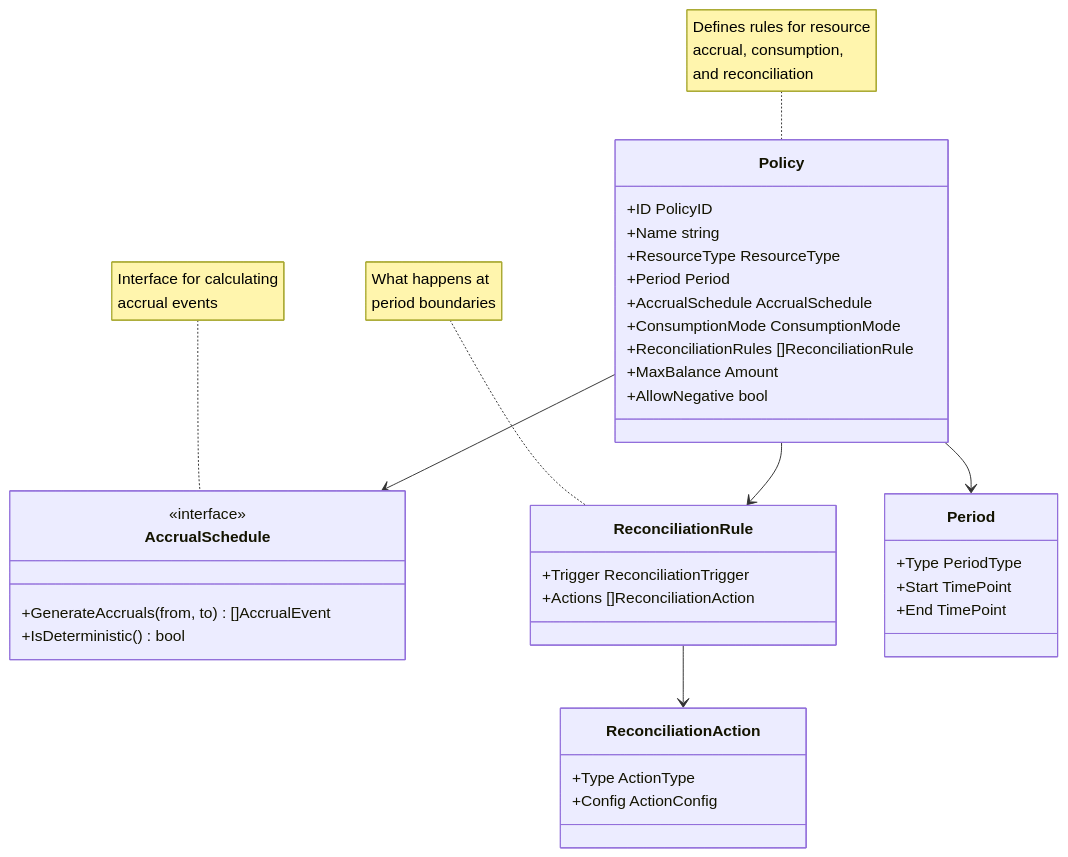
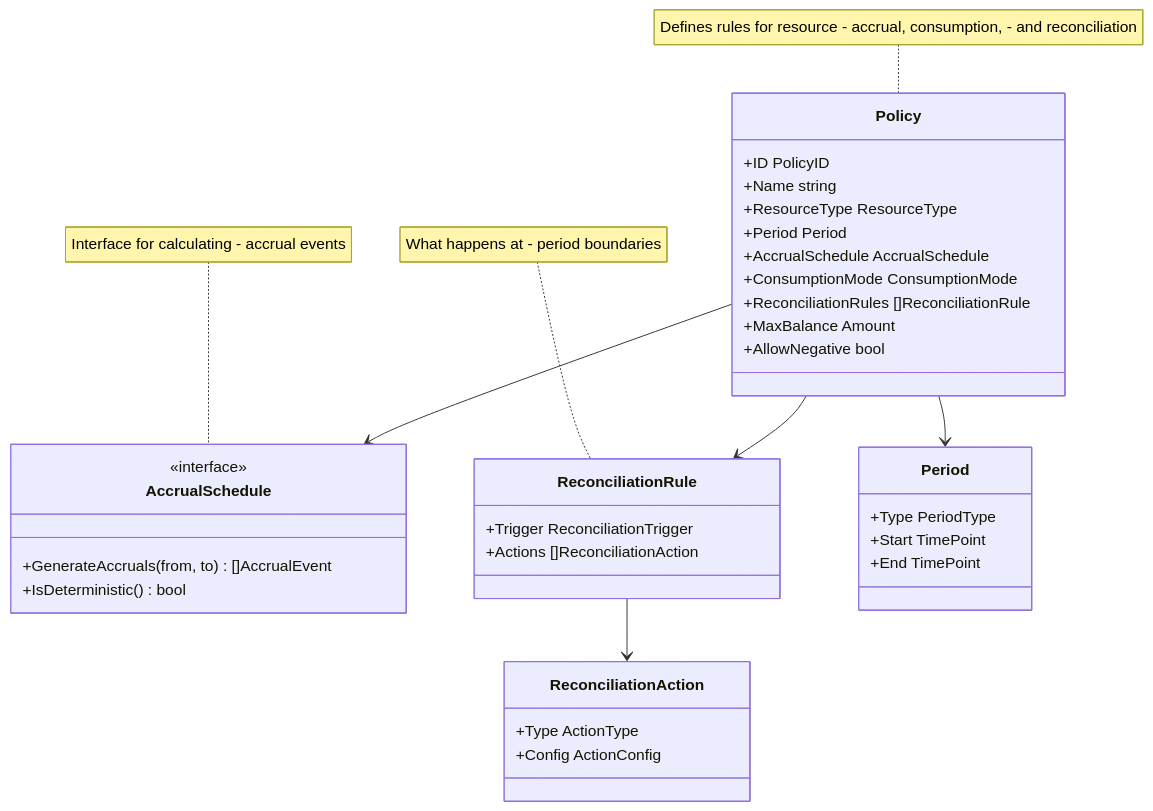
Diagram 13 of 22 in README.md (AntoineToussaint/timeoff), drawn with Mermaid before and after one commit. The commit also changed other lines of this file, not shown here.

First line of the commit message:
Fix Mermaid diagrams for GitHub rendering

````diff
--- a/README.md
+++ b/README.md
@@ -536,45 +506,45 @@
 ```mermaid
 classDiagram
     class Policy {
         +ID PolicyID
         +Name string
         +ResourceType ResourceType
         +Period Period
         +AccrualSchedule AccrualSchedule
         +ConsumptionMode ConsumptionMode
         +ReconciliationRules []ReconciliationRule
         +MaxBalance Amount
         +AllowNegative bool
     }
     
     class AccrualSchedule {
         <<interface>>
         +GenerateAccruals(from, to) []AccrualEvent
         +IsDeterministic() bool
     }
     
     class ReconciliationRule {
         +Trigger ReconciliationTrigger
         +Actions []ReconciliationAction
     }
     
     class ReconciliationAction {
         +Type ActionType
         +Config ActionConfig
     }
     
     class Period {
         +Type PeriodType
         +Start TimePoint
         +End TimePoint
     }
     
     Policy --> AccrualSchedule
     Policy --> Period
     Policy --> ReconciliationRule
     ReconciliationRule --> ReconciliationAction
     
-    note for Policy "Defines rules for resource<br/>accrual, consumption,<br/>and reconciliation"
-    note for AccrualSchedule "Interface for calculating<br/>accrual events"
-    note for ReconciliationRule "What happens at<br/>period boundaries"
+    note for Policy "Defines rules for resource - accrual, consumption, - and reconciliation"
+    note for AccrualSchedule "Interface for calculating - accrual events"
+    note for ReconciliationRule "What happens at - period boundaries"
 ```
````
